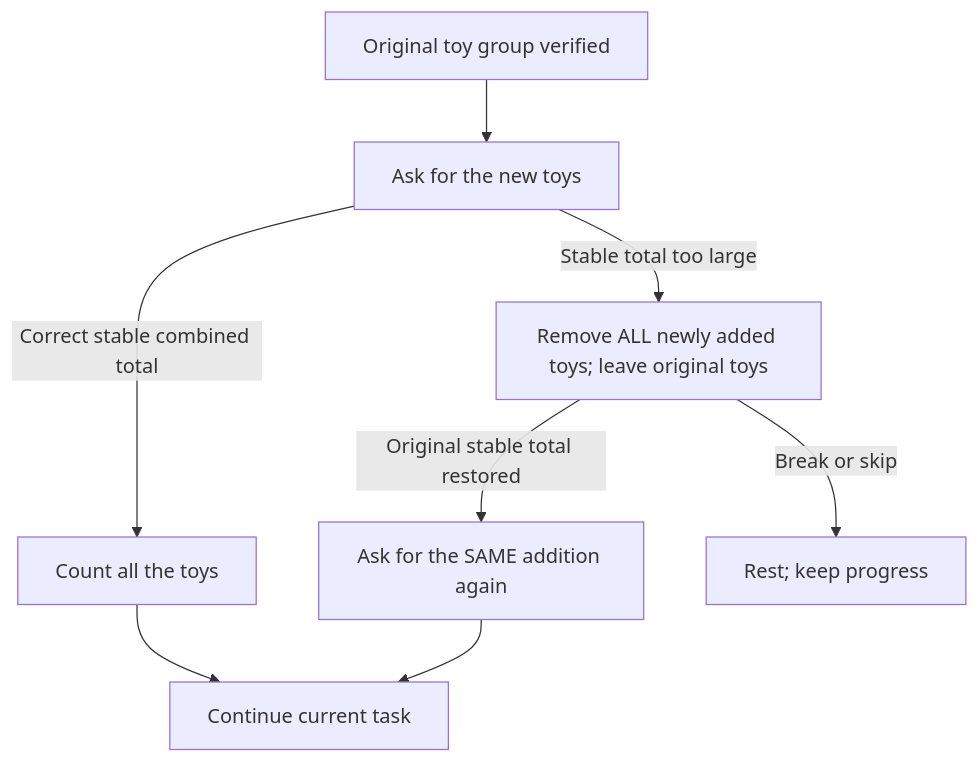
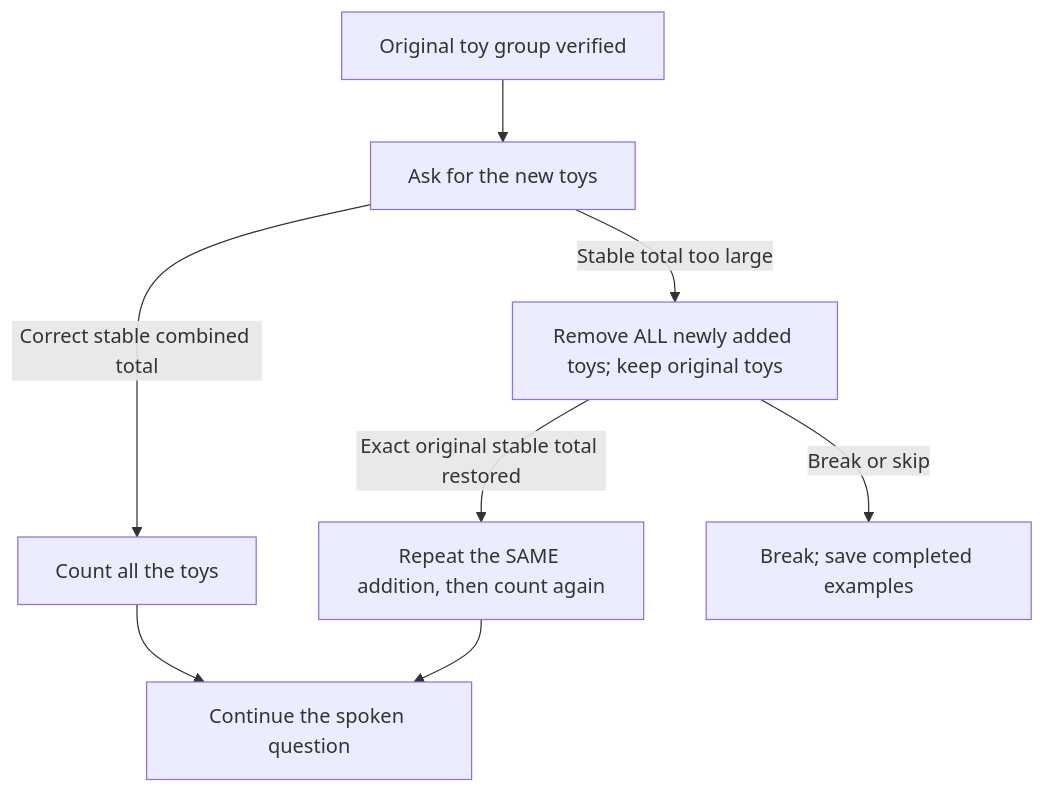
The second of 2 diagrams in docs/wiki/Lesson-2-Add-up-to-five.md (sealsbroken/unmath), drawn with Mermaid before and after one commit. The commit also changed other lines of this file and 13 other files, not shown here.

Commit message:
Refactor lesson two to eight-example counting and total graph

````diff
--- a/docs/wiki/Lesson-2-Add-up-to-five.md
+++ b/docs/wiki/Lesson-2-Add-up-to-five.md
@@ -53,10 +97,10 @@
 ```mermaid
 flowchart TD
     Start["Original toy group verified"] --> Add["Ask for the new toys"]
     Add -->|"Correct stable combined total"| Count["Count all the toys"]
-    Count --> Done["Continue current task"]
-    Add -->|"Stable total too large"| Undo["Remove ALL newly added toys; leave original toys"]
-    Undo -->|"Original stable total restored"| Retry["Ask for the SAME addition again"]
+    Count --> Done["Continue the spoken question"]
+    Add -->|"Stable total too large"| Undo["Remove ALL newly added toys; keep original toys"]
+    Undo -->|"Exact original stable total restored"| Retry["Repeat the SAME addition, then count again"]
     Retry --> Done
-    Undo -->|"Break or skip"| Rest["Rest; keep progress"]
+    Undo -->|"Break or skip"| Rest["Break; save completed examples"]
 ```
````
